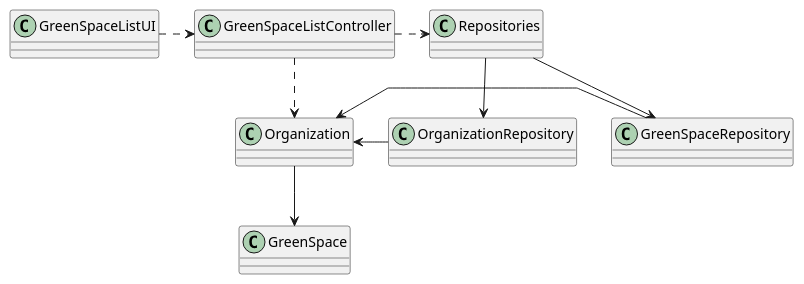
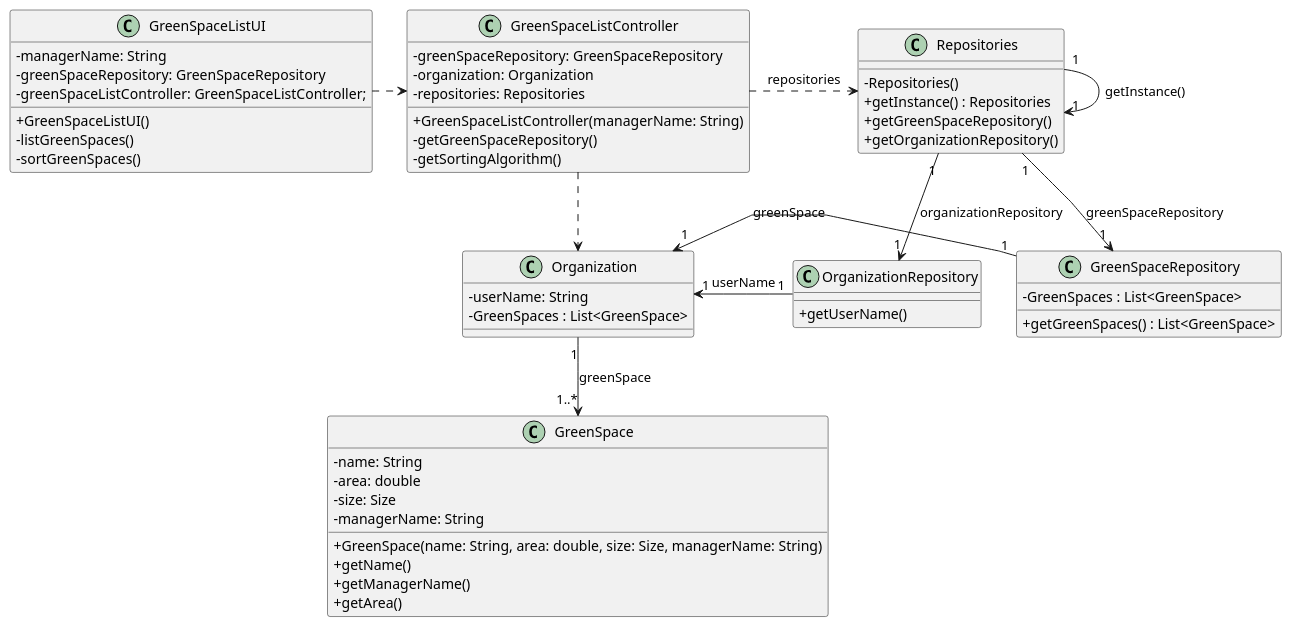
One commit to Departamento-de-Engenharia-Informatica/lei-24-s2-1df-1de-g063 changed the diagram in docs/SprintC/us27/03.design/puml/us027-class-diagram.puml. Above: the diagram before and after it, drawn with PlantUML. The commit also changed 58 other files, not shown here.

```diff
--- a/docs/SprintC/us27/03.design/puml/us027-class-diagram.puml
+++ b/docs/SprintC/us27/03.design/puml/us027-class-diagram.puml
@@ -1,50 +1,73 @@
 @startuml
 'skinparam monochrome true
 skinparam packageStyle rectangle
 skinparam shadowing false
 skinparam linetype polyline
 'skinparam linetype orto
 
 skinparam classAttributeIconSize 0
 
 'left to right direction
 
 class GreenSpaceListUI{
-
+    -managerName: String
+    -greenSpaceRepository: GreenSpaceRepository
+    -greenSpaceListController: GreenSpaceListController;
+    +GreenSpaceListUI()
+    -listGreenSpaces()
+    -sortGreenSpaces()
 }
 
 class GreenSpaceListController{
-
+    -greenSpaceRepository: GreenSpaceRepository
+    -organization: Organization
+    -repositories: Repositories
+    +GreenSpaceListController(managerName: String)
+    -getGreenSpaceRepository()
+    -getSortingAlgorithm()
 }
 
 class Organization{
-
+    - userName: String
+    - GreenSpaces : List<GreenSpace>
 }
 
 class GreenSpace{
-
+    - name: String
+    - area: double
+    - size: Size
+    - managerName: String
+    + GreenSpace(name: String, area: double, size: Size, managerName: String)
+    + getName()
+    + getManagerName()
+    + getArea()
 }
 
 class Repositories{
-
+    - Repositories()
+    + getInstance() : Repositories
+    + getGreenSpaceRepository()
+    + getOrganizationRepository()
 }
 
 class GreenSpaceRepository{
-
+    - GreenSpaces : List<GreenSpace>
+    + getGreenSpaces() : List<GreenSpace>
 }
 
 class OrganizationRepository{
-
+    + getUserName()
 }
 
 
 GreenSpaceListUI .> GreenSpaceListController
 GreenSpaceListController ..> Organization
-Organization --> GreenSpace
-GreenSpaceListController .> Repositories
-Repositories --> GreenSpaceRepository
-Organization <- GreenSpaceRepository
-Repositories --> OrganizationRepository
-Organization <- OrganizationRepository
+Organization "1" --> "1..*" GreenSpace:greenSpace
+GreenSpaceListController .> Repositories: repositories
+Repositories "1" --> "1" GreenSpaceRepository: greenSpaceRepository
+Organization "1" <- "1" GreenSpaceRepository : greenSpace
+Repositories "1" --> "1" OrganizationRepository: organizationRepository
+Organization "1" <- "1" OrganizationRepository: userName
+Repositories "1" -> "1" Repositories : getInstance()
 
 @enduml
```
